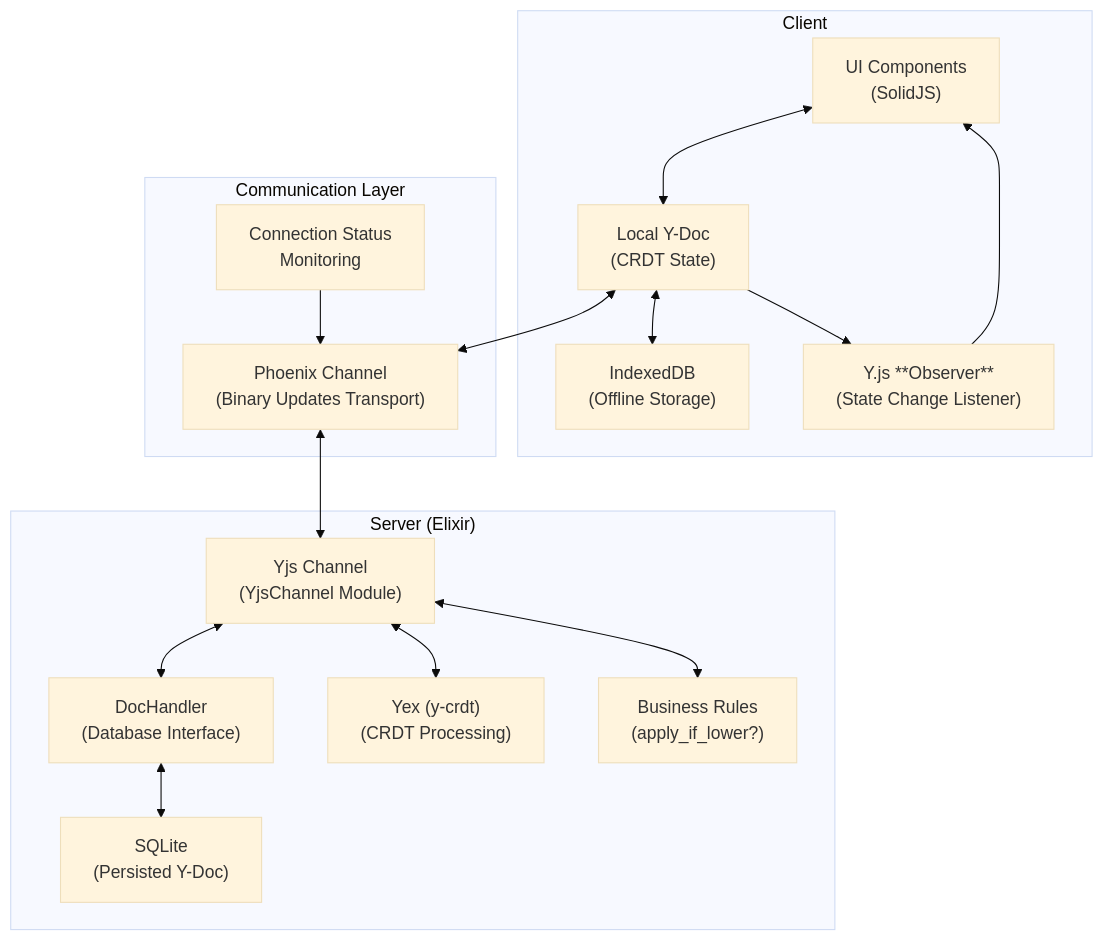
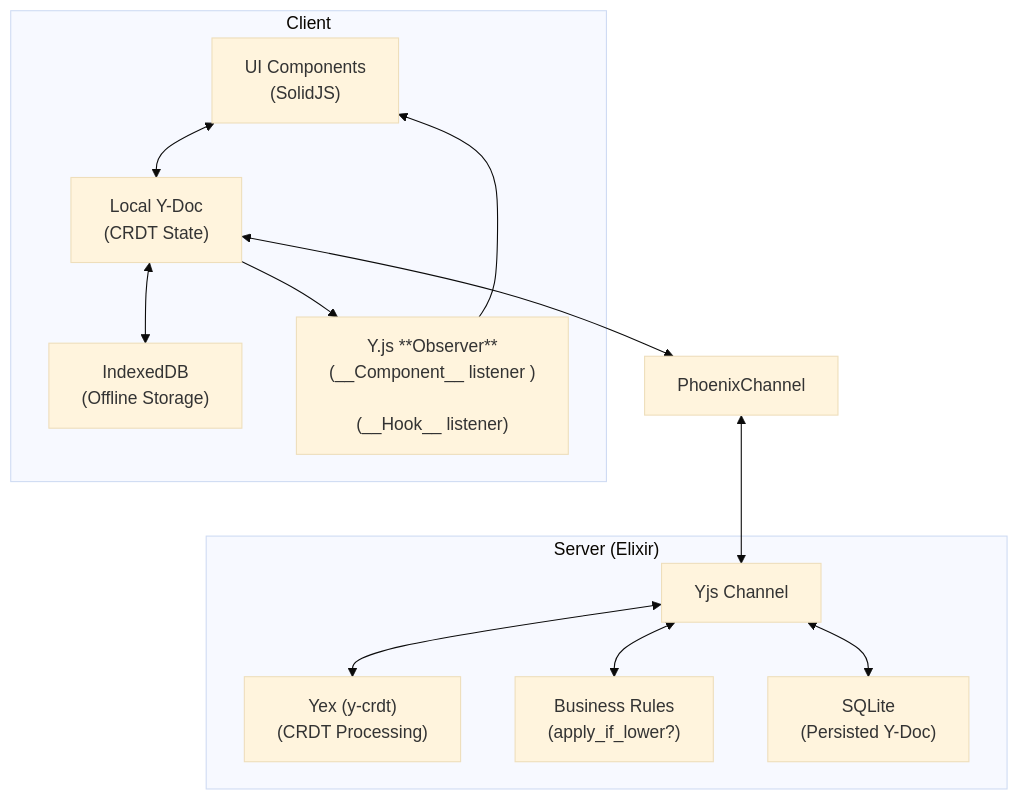
One commit to dwyl/PWA-Liveview changed the second of 5 diagrams in README.md. Above: the diagram before and after it, drawn with Mermaid (base theme). The commit also changed other lines of this file and 9 other files, not shown here.

````diff
--- a/README.md
+++ b/README.md
@@ -306,39 +304,35 @@
 ```mermaid
 flowchart TD
     subgraph "Client"
         UI["UI Components <br> (SolidJS)"]
         YDoc["Local Y-Doc <br> (CRDT State)"]
         IndexedDB["IndexedDB <br> (Offline Storage)"]
-        YObserver["Y.js **Observer** <br>(State Change Listener)"]
+        YObserver["Y.js **Observer** <br>(__Component__ listener ) <br>
+        (__Hook__ listener)"]
 
         UI <--> YDoc
         YDoc <--> IndexedDB
         YObserver --> UI
         YDoc --> YObserver
     end
 
-    subgraph "Communication Layer"
-        PhoenixChannel["Phoenix Channel <br>(Binary Updates Transport)"]
-        ConnectionCheck["Connection Status <br>Monitoring"]
-    end
 
     subgraph "Server (Elixir)"
-        YjsChannel["Yjs Channel <br>(YjsChannel Module)"]
-        DocHandler["DocHandler<br>(Database Interface)"]
+        YjsChannel["Yjs Channel"]
+
         YEx["Yex (y-crdt)<br>(CRDT Processing)"]
         BusinessRules["Business Rules <br>(apply_if_lower?)"]
         DB["SQLite<br>(Persisted Y-Doc)"]
 
-        YjsChannel <--> DocHandler
+        YjsChannel <--> DB
         YjsChannel <--> YEx
         YjsChannel <--> BusinessRules
-        DocHandler <--> DB
     end
 
     YDoc <--> PhoenixChannel
     PhoenixChannel <--> YjsChannel
-    ConnectionCheck --> PhoenixChannel
+
 
     class BusinessRules highlight
     class YDoc,YEx highlight
 ```
````
